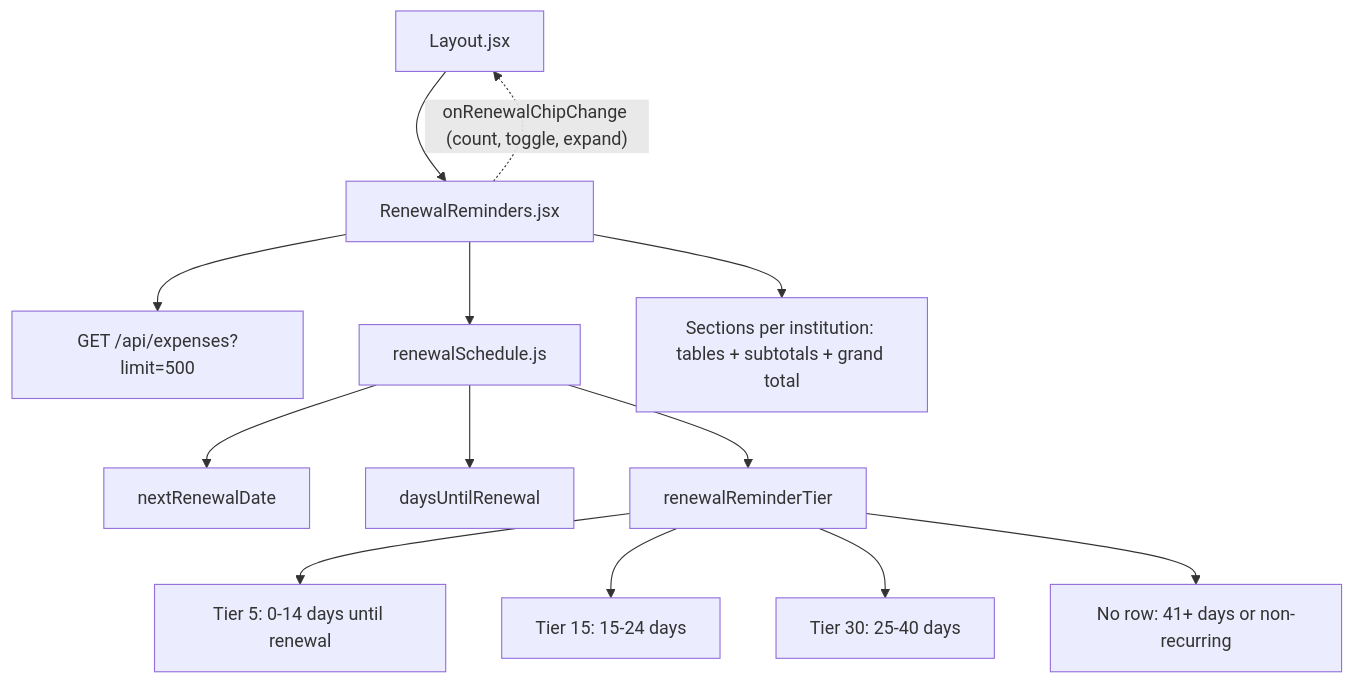
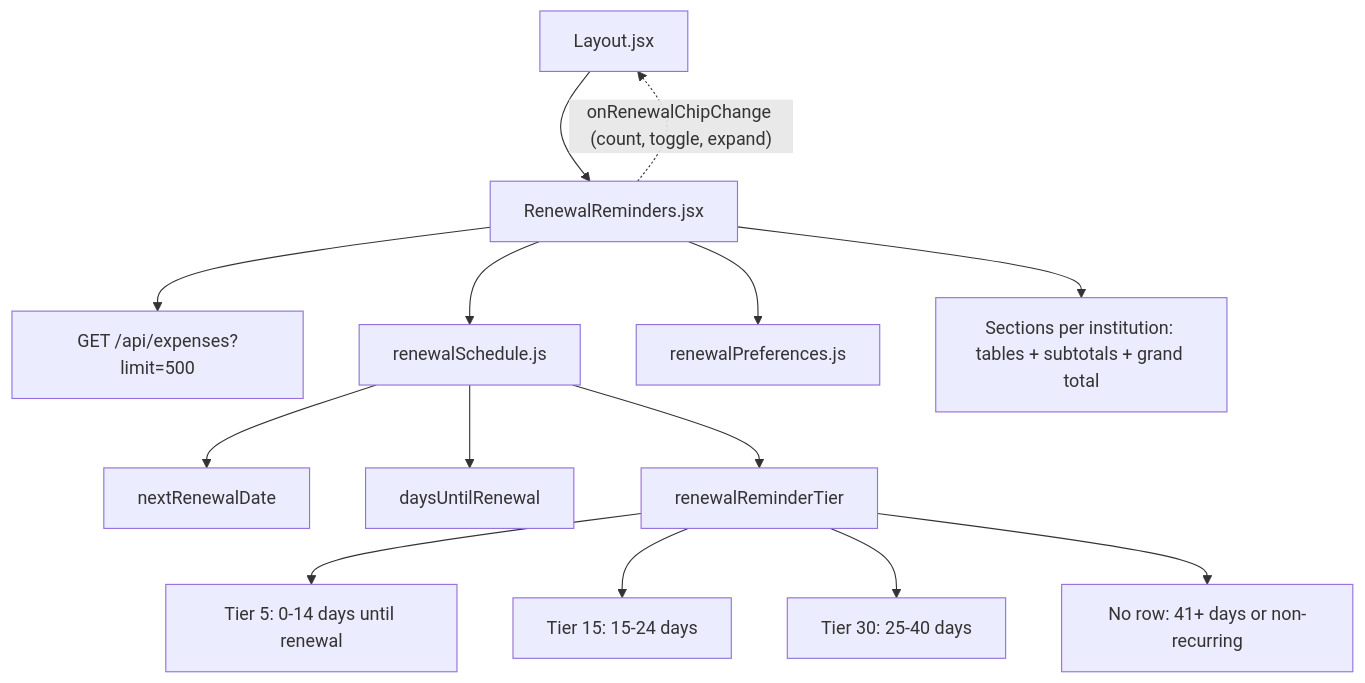
Before and after one commit to becomeonewiththecode/expense_tracker: diagram 11 of 19 in docs/ARCHITECTURE_DIAGRAM.md, drawn with Mermaid. The commit also changed other lines of this file and 6 other files, not shown here.

````diff
--- a/docs/ARCHITECTURE_DIAGRAM.md
+++ b/docs/ARCHITECTURE_DIAGRAM.md
@@ -378,19 +378,21 @@
 ```mermaid
 flowchart TD
   L[Layout.jsx]
   RR[RenewalReminders.jsx]
   API["GET /api/expenses?limit=500"]
   RS[renewalSchedule.js]
+  RP[renewalPreferences.js]
   L --> RR
   RR --> API
   RR --> RS
+  RR --> RP
   RS --> N[nextRenewalDate]
   RS --> D[daysUntilRenewal]
   RS --> T[renewalReminderTier]
   T --> B1["Tier 5: 0-14 days until renewal"]
   T --> B2["Tier 15: 15-24 days"]
   T --> B3["Tier 30: 25-40 days"]
   T --> X[No row: 41+ days or non-recurring]
   RR --> TAB["Sections per institution: tables + subtotals + grand total"]
   RR -.->|"onRenewalChipChange (count, toggle, expand)"| L
 ```
````
